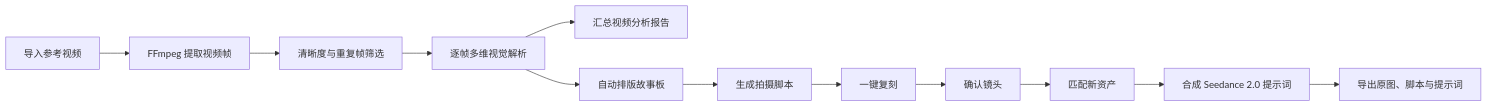
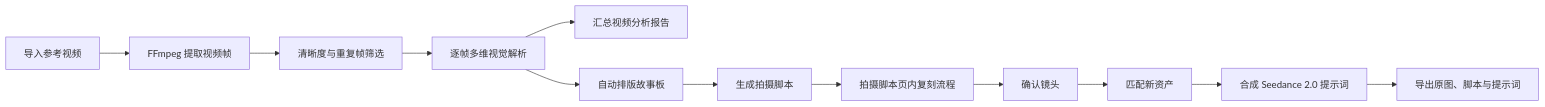
One commit to luojiang419/filmstoryboard changed the diagram in docs/一键复刻爆款.md. Above: the diagram before and after it, drawn with Mermaid. The commit also changed other lines of this file and 60 other files, not shown here.

````diff
--- a/docs/一键复刻爆款.md
+++ b/docs/一键复刻爆款.md
@@ -13,14 +13,14 @@
 ```mermaid
 flowchart LR
     A[导入参考视频] --> B[FFmpeg 提取视频帧]
     B --> C[清晰度与重复帧筛选]
     C --> D[逐帧多维视觉解析]
     D --> E[汇总视频分析报告]
     D --> F[自动排版故事板]
     F --> G[生成拍摄脚本]
-    G --> H[一键复刻]
+    G --> H[拍摄脚本页内复刻流程]
     H --> I[确认镜头]
     I --> J[匹配新资产]
     J --> K[合成 Seedance 2.0 提示词]
     K --> L[导出原图、脚本与提示词]
 ```
````
